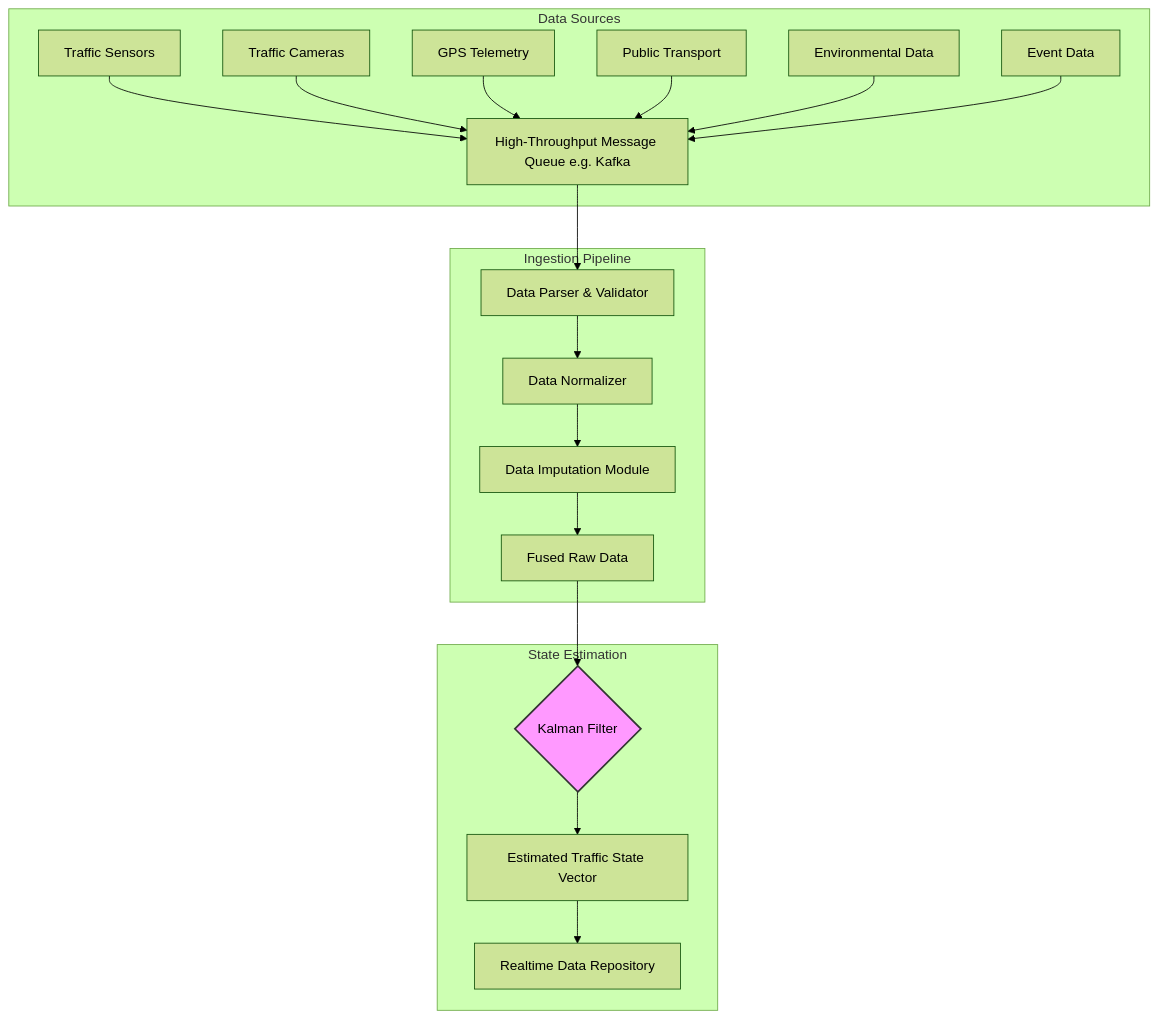
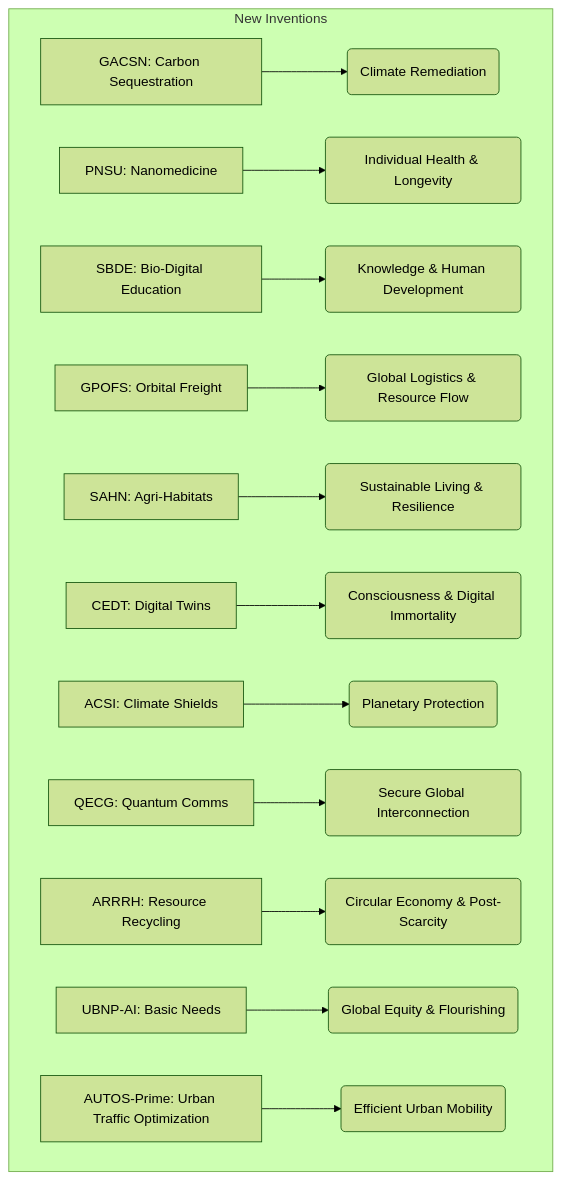
One commit to diplomat-bit/Citibank_Demo_Business_Inc_Demonstration- changed the second of 6 diagrams in inventions/118_ai_urban_traffic_optimization.md. Above: the diagram before and after it, drawn with Mermaid (forest theme). The commit also changed other lines of this file, not shown here.

Commit message:
[AI] Edit: inventions/118_ai_urban_traffic_optimization.md

````diff
--- a/inventions/118_ai_urban_traffic_optimization.md
+++ b/inventions/118_ai_urban_traffic_optimization.md
@@ -56,26 +219,16 @@
 ```mermaid
 graph TD
-    subgraph Data Sources
-        A[Traffic Sensors] --> M
-        B[Traffic Cameras] --> M
-        C[GPS Telemetry] --> M
-        D[Public Transport] --> M
-        E[Environmental Data] --> M
-        F[Event Data] --> M
+    subgraph New Inventions
+        A[GACSN: Carbon Sequestration] --> B(Climate Remediation)
+        C[PNSU: Nanomedicine] --> D(Individual Health & Longevity)
+        E[SBDE: Bio-Digital Education] --> F(Knowledge & Human Development)
+        G[GPOFS: Orbital Freight] --> H(Global Logistics & Resource Flow)
+        I[SAHN: Agri-Habitats] --> J(Sustainable Living & Resilience)
+        K[CEDT: Digital Twins] --> L(Consciousness & Digital Immortality)
+        M[ACSI: Climate Shields] --> N(Planetary Protection)
+        O[QECG: Quantum Comms] --> P(Secure Global Interconnection)
+        Q[ARRRH: Resource Recycling] --> R(Circular Economy & Post-Scarcity)
+        S[UBNP-AI: Basic Needs] --> T(Global Equity & Flourishing)
+        AUTOS[AUTOS-Prime: Urban Traffic Optimization] --> U(Efficient Urban Mobility)
     end
-
-    subgraph Ingestion Pipeline
-        M[High-Throughput Message Queue e.g. Kafka] --> P
-        P[Data Parser & Validator] --> Q
-        Q[Data Normalizer] --> R
-        R[Data Imputation Module] --> S
-    end
-    
-    subgraph State Estimation
-        S[Fused Raw Data] --> T{Kalman Filter}
-        T --> U[Estimated Traffic State Vector]
-        U --> V[Realtime Data Repository]
-    end
-
-    style T fill:#f9f,stroke:#333,stroke-width:2px
 ```
````
